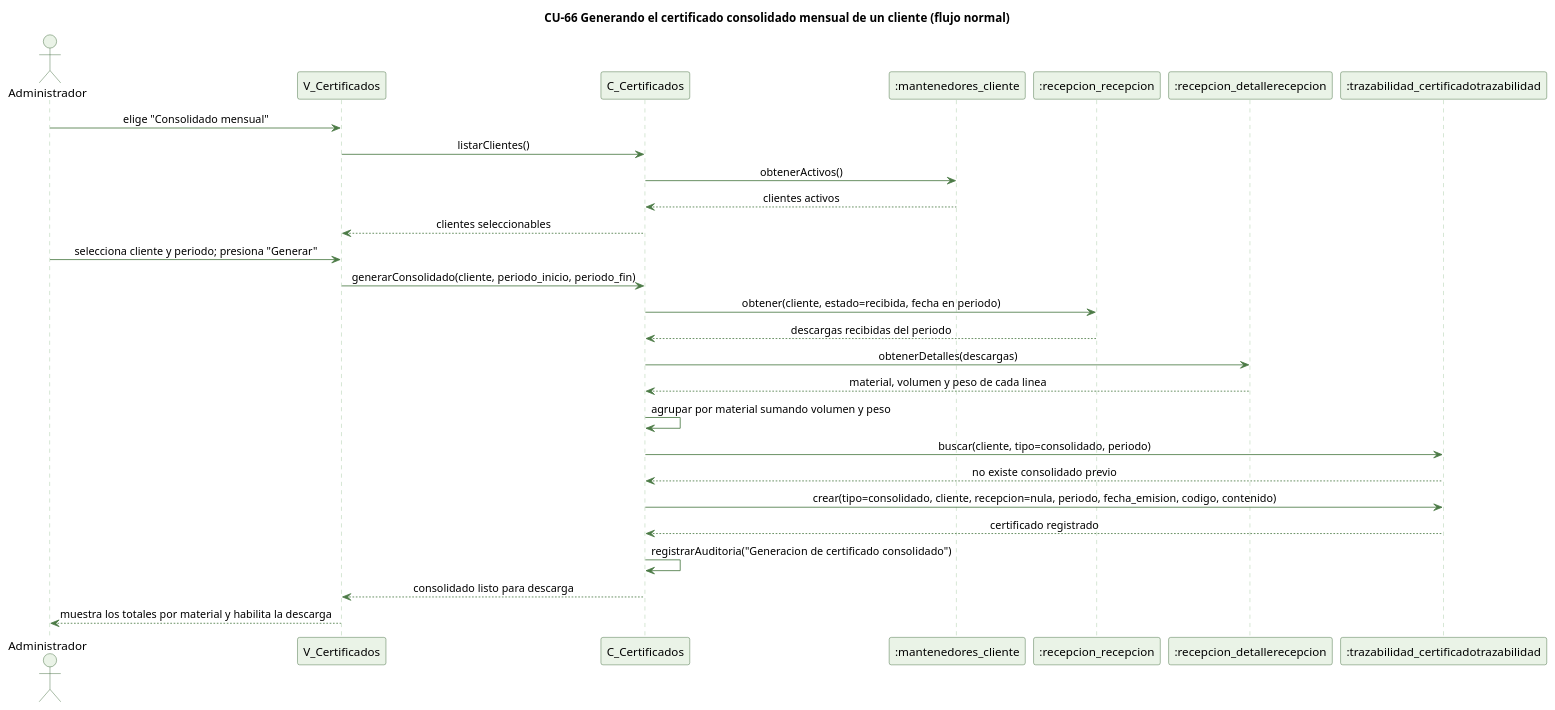
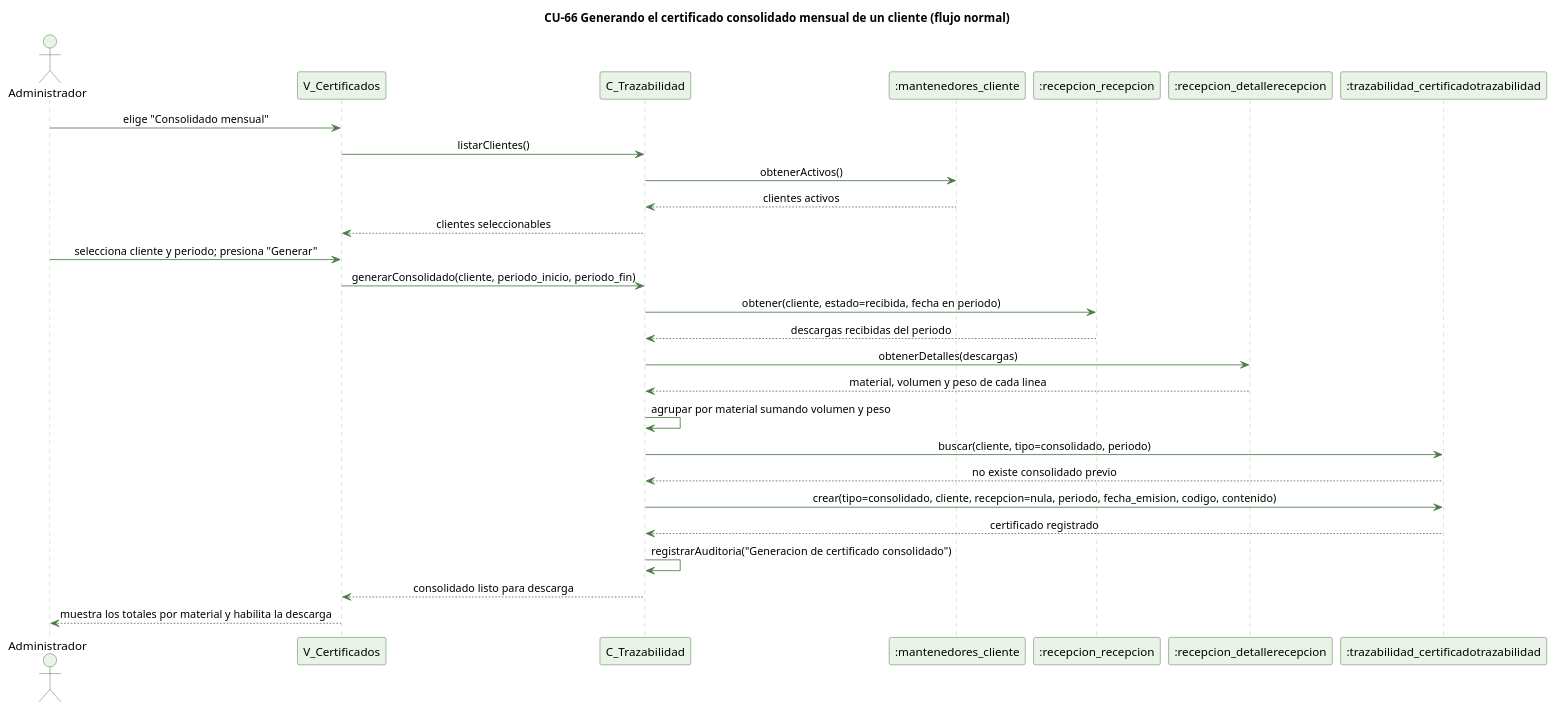
One commit to kenjikaese/Triverde changed the diagram in docs/trabajo-grupal/diagramas/secuencias/cu66-certificado-consolidado-normal.puml. Above: the diagram before and after it, drawn with PlantUML. The commit also changed 101 other files, not shown here.

```diff
--- a/docs/trabajo-grupal/diagramas/secuencias/cu66-certificado-consolidado-normal.puml
+++ b/docs/trabajo-grupal/diagramas/secuencias/cu66-certificado-consolidado-normal.puml
@@ -1,44 +1,44 @@
 @startuml cu66-certificado-consolidado-normal
 ' CU-66 Generando el certificado consolidado mensual de un cliente - flujo normal
 skinparam backgroundColor #FFFFFF
 skinparam shadowing false
 skinparam defaultFontName Helvetica
 skinparam sequenceMessageAlign center
 skinparam ParticipantBackgroundColor #EAF3E7
 skinparam ParticipantBorderColor #2E5E2A
 skinparam ActorBackgroundColor #EAF3E7
 skinparam ActorBorderColor #2E5E2A
 skinparam sequenceLifeLineBorderColor #9CC49A
 skinparam ArrowColor #4B7A46
 
 title CU-66 Generando el certificado consolidado mensual de un cliente (flujo normal)
 
 actor Administrador
 participant "V_Certificados" as V
-participant "C_Certificados" as C
+participant "C_Trazabilidad" as C
 participant ":mantenedores_cliente" as CL
 participant ":recepcion_recepcion" as R
 participant ":recepcion_detallerecepcion" as DR
 participant ":trazabilidad_certificadotrazabilidad" as CT
 
 Administrador -> V : elige "Consolidado mensual"
 V -> C : listarClientes()
 C -> CL : obtenerActivos()
 CL --> C : clientes activos
 C --> V : clientes seleccionables
 Administrador -> V : selecciona cliente y periodo; presiona "Generar"
 V -> C : generarConsolidado(cliente, periodo_inicio, periodo_fin)
 C -> R : obtener(cliente, estado=recibida, fecha en periodo)
 R --> C : descargas recibidas del periodo
 C -> DR : obtenerDetalles(descargas)
 DR --> C : material, volumen y peso de cada linea
 C -> C : agrupar por material sumando volumen y peso
 C -> CT : buscar(cliente, tipo=consolidado, periodo)
 CT --> C : no existe consolidado previo
 C -> CT : crear(tipo=consolidado, cliente, recepcion=nula, periodo, fecha_emision, codigo, contenido)
 CT --> C : certificado registrado
 C -> C : registrarAuditoria("Generacion de certificado consolidado")
 C --> V : consolidado listo para descarga
 V --> Administrador : muestra los totales por material y habilita la descarga
 
 @enduml
```
